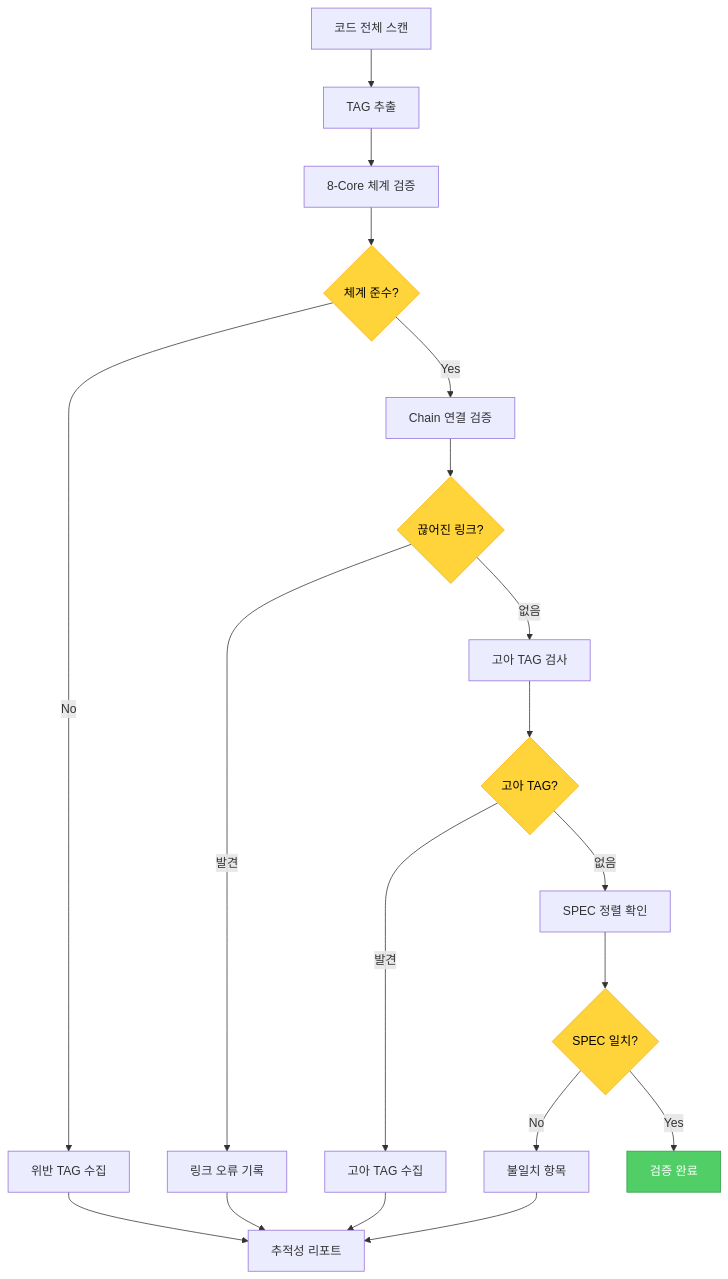
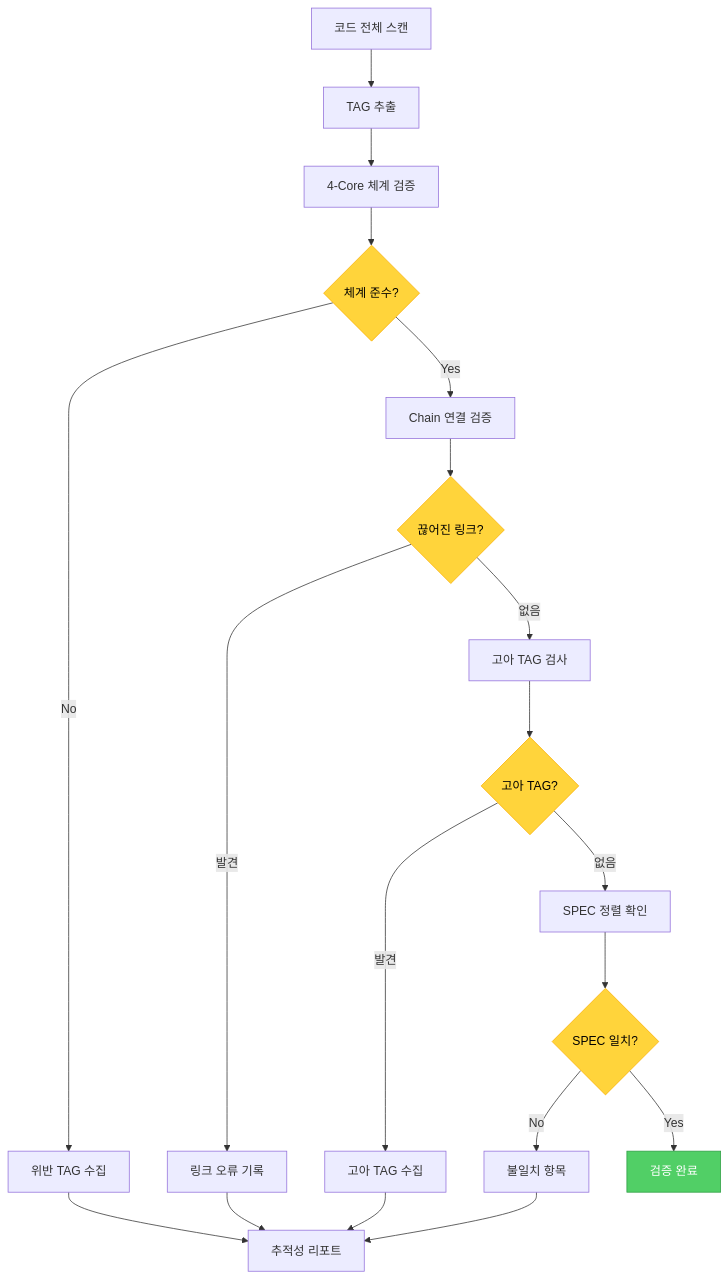
Before and after one commit to modu-ai/moai-adk: the sixth of 8 diagrams in docs/claude/agents/trust-checker.md, drawn with Mermaid. The commit also changed other lines of this file and 34 other files, not shown here.

````diff
--- a/docs/claude/agents/trust-checker.md
+++ b/docs/claude/agents/trust-checker.md
@@ -509,31 +509,31 @@
 ```mermaid
 graph TB
     A[코드 전체 스캔] --> B[TAG 추출]
-    B --> C[8-Core 체계 검증]
+    B --> C[4-Core 체계 검증]
     C --> D{체계 준수?}
     D -->|No| E[위반 TAG 수집]
     D -->|Yes| F[Chain 연결 검증]
 
     F --> G{끊어진 링크?}
     G -->|발견| H[링크 오류 기록]
     G -->|없음| I[고아 TAG 검사]
 
     I --> J{고아 TAG?}
     J -->|발견| K[고아 TAG 수집]
     J -->|없음| L[SPEC 정렬 확인]
 
     L --> M{SPEC 일치?}
     M -->|No| N[불일치 항목]
     M -->|Yes| O[검증 완료]
 
     E --> P[추적성 리포트]
     H --> P
     K --> P
     N --> P
 
     style D fill:#ffd43b,stroke:#fab005,color:#000
     style G fill:#ffd43b,stroke:#fab005,color:#000
     style J fill:#ffd43b,stroke:#fab005,color:#000
     style M fill:#ffd43b,stroke:#fab005,color:#000
     style O fill:#51cf66,stroke:#2f9e44,color:#fff
 ```
````
